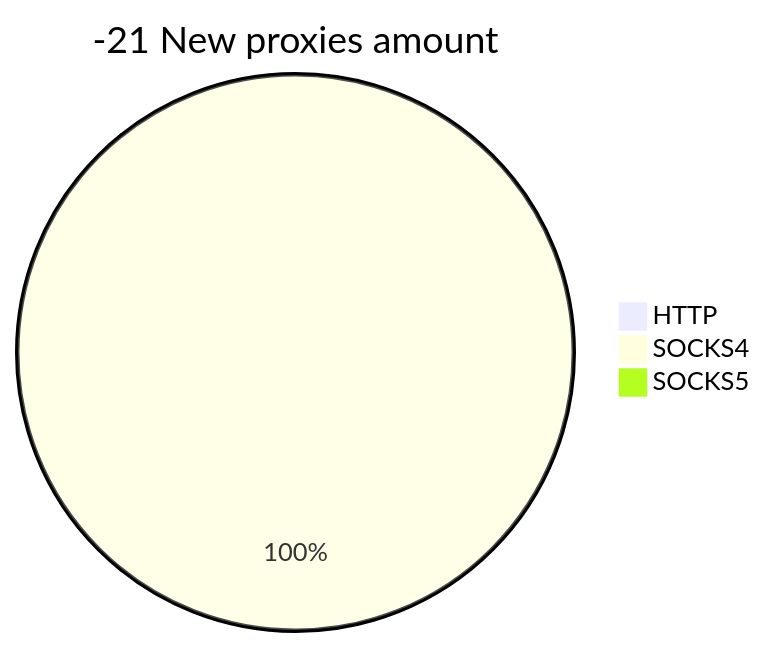
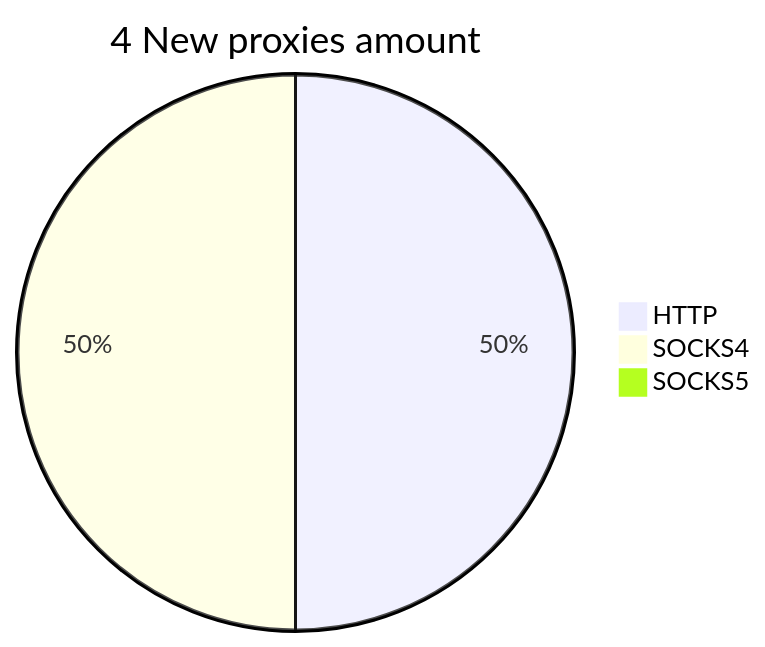
Before and after one commit to cutipu/proxylist: the second of 2 diagrams in README.md, drawn with Mermaid. The commit also changed other lines of this file, not shown here.

````diff
--- a/README.md
+++ b/README.md
@@ -10,6 +10,6 @@
 ```mermaid
-pie title -21 New proxies amount
-    "HTTP" : 0
-    "SOCKS4" : 1
+pie title 4 New proxies amount
+    "HTTP" : 2
+    "SOCKS4" : 2
     "SOCKS5" : 0
 ```
````
